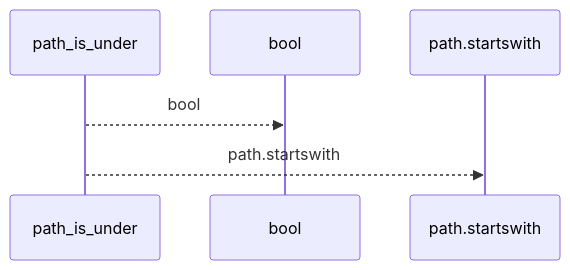
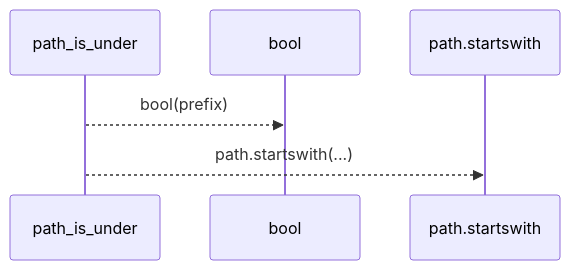
Before and after one commit to Denissvgn/python-wiki-llm: the first of 2 diagrams in docs/llm_wiki/flows/api-path_is_under.md, drawn with Mermaid. The commit also changed other lines of this file and 1410 other files, not shown here.

````diff
--- a/docs/llm_wiki/flows/api-path_is_under.md
+++ b/docs/llm_wiki/flows/api-path_is_under.md
@@ -10,8 +12,8 @@
 ```mermaid
 sequenceDiagram
     participant p0 as path_is_under
     participant p1 as bool
     participant p2 as path.startswith
-    p0-->>p1: bool
-    p0-->>p2: path.startswith
+    p0-->>p1: bool(prefix)
+    p0-->>p2: path.startswith(...)
 ```
````
